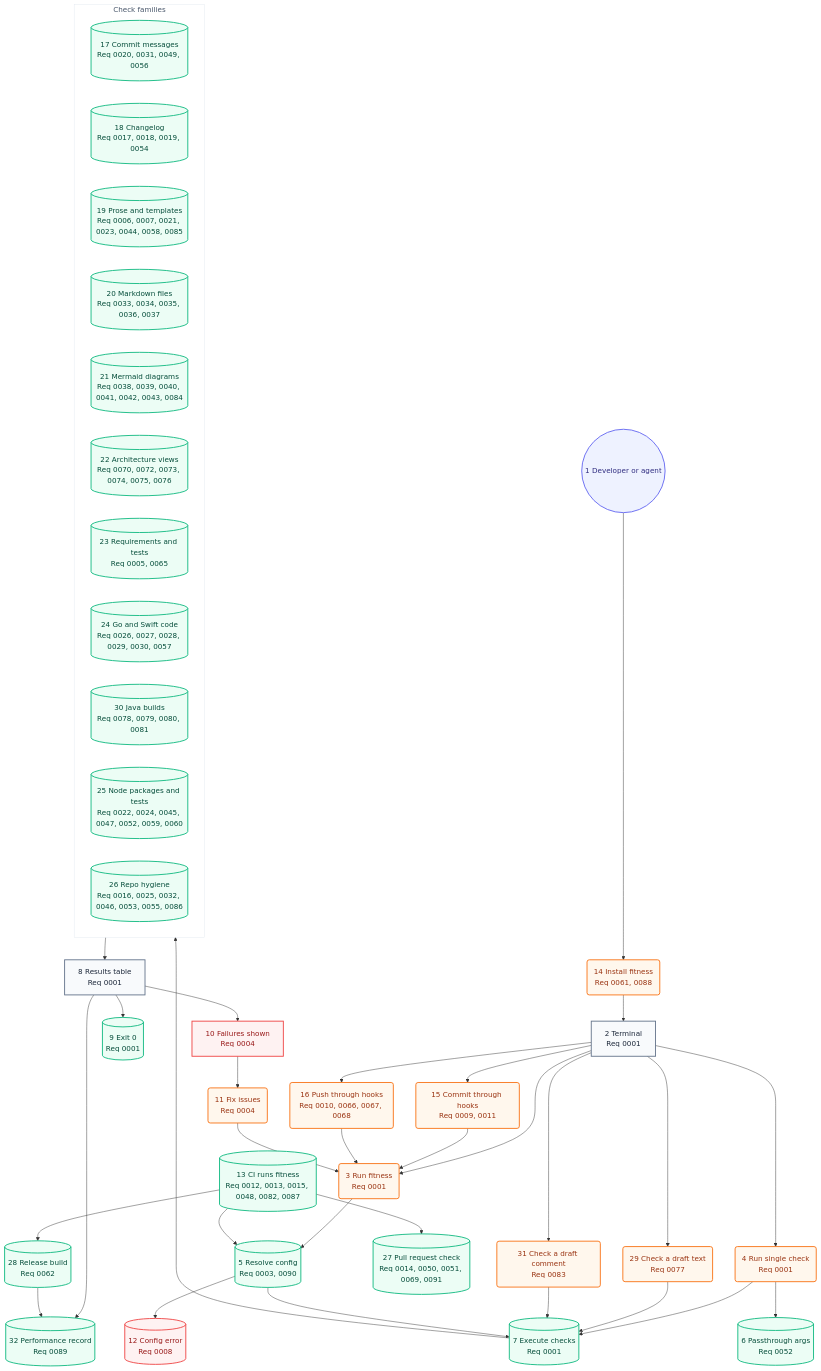
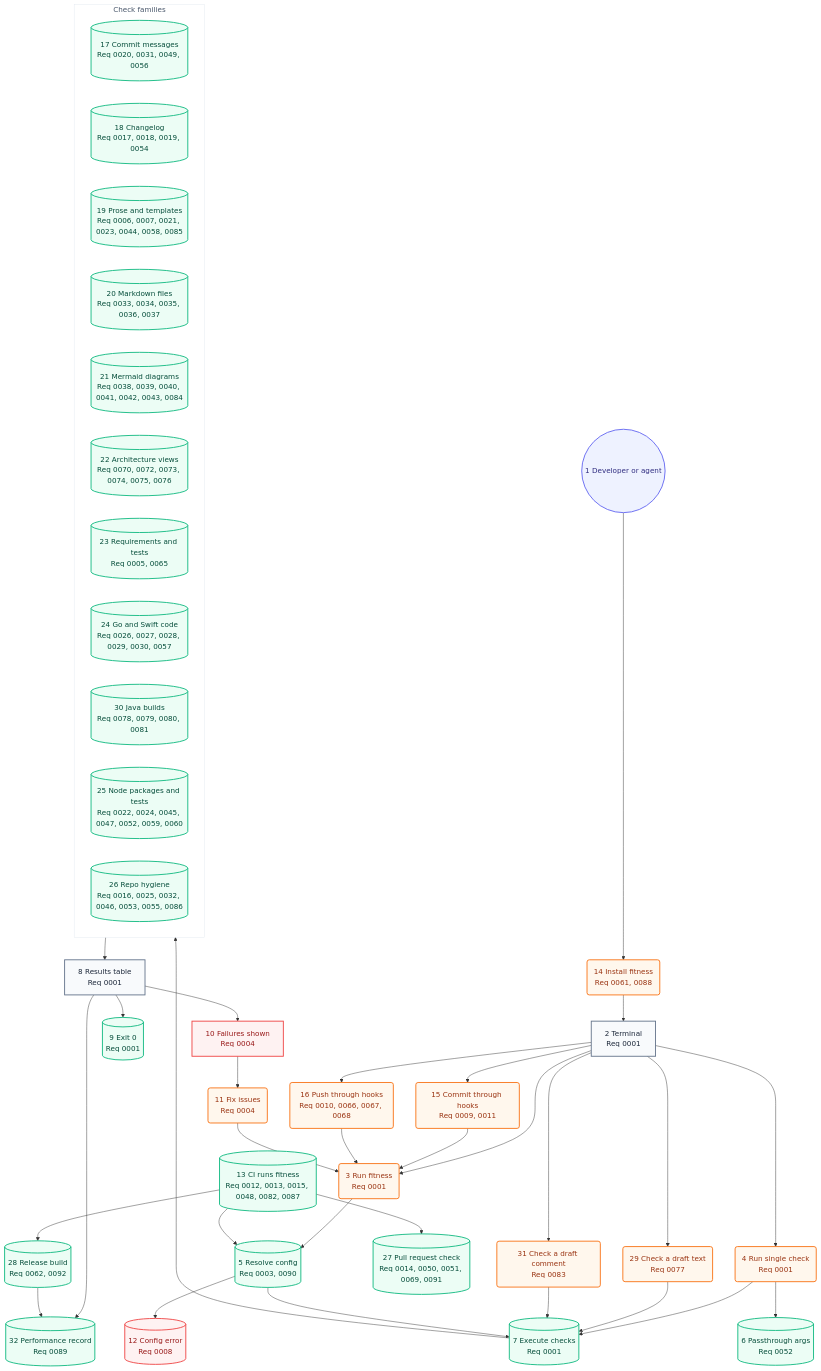
Before and after one commit to may-journal/fitness-runner: the second of 2 diagrams in docs/architecture/05-user-journey.md, drawn with Mermaid. The commit also changed other lines of this file and 5 other files, not shown here.

````diff
--- a/docs/architecture/05-user-journey.md
+++ b/docs/architecture/05-user-journey.md
@@ -40,76 +40,76 @@
 ```mermaid
 flowchart TB
     dev((1 Developer or agent)):::persona
     install(14 Install fitness<br/>Req 0061, 0088):::action
     terminal[2 Terminal<br/>Req 0001]:::screen
     runFull(3 Run fitness<br/>Req 0001):::action
     runSingle(4 Run single check<br/>Req 0001):::action
     runBlob(29 Check a draft text<br/>Req 0077):::action
     runComment(31 Check a draft comment<br/>Req 0083):::action
     commitHook(15 Commit through hooks<br/>Req 0009, 0011):::action
     pushHook(16 Push through hooks<br/>Req 0010, 0066, 0067, 0068):::action
     resolveConfig[(5 Resolve config<br/>Req 0003, 0090)]:::system
     passArgs[(6 Passthrough args<br/>Req 0052)]:::system
     executeChecks[(7 Execute checks<br/>Req 0001)]:::system
 
     subgraph checks["Check families"]
         commitChecks[(17 Commit messages<br/>Req 0020, 0031, 0049, 0056)]:::system
         changelogChecks[(18 Changelog<br/>Req 0017, 0018, 0019, 0054)]:::system
         proseChecks[(19 Prose and templates<br/>Req 0006, 0007, 0021, 0023, 0044, 0058, 0085)]:::system
         markdownChecks[(20 Markdown files<br/>Req 0033, 0034, 0035, 0036, 0037)]:::system
         mermaidChecks[(21 Mermaid diagrams<br/>Req 0038, 0039, 0040, 0041, 0042, 0043, 0084)]:::system
         architectureChecks[(22 Architecture views<br/>Req 0070, 0072, 0073, 0074, 0075, 0076)]:::system
         requirementChecks[(23 Requirements and tests<br/>Req 0005, 0065)]:::system
         goSwiftChecks[(24 Go and Swift code<br/>Req 0026, 0027, 0028, 0029, 0030, 0057)]:::system
         javaChecks[(30 Java builds<br/>Req 0078, 0079, 0080, 0081)]:::system
         nodeChecks[(25 Node packages and tests<br/>Req 0022, 0024, 0045, 0047, 0052, 0059, 0060)]:::system
         repoChecks[(26 Repo hygiene<br/>Req 0016, 0025, 0032, 0046, 0053, 0055, 0086)]:::system
     end
 
     resultsTable[8 Results table<br/>Req 0001]:::screen
     exitZero[(9 Exit 0<br/>Req 0001)]:::system
     failuresShown[10 Failures shown<br/>Req 0004]:::blocked
     fixIssues(11 Fix issues<br/>Req 0004):::action
     configError[(12 Config error<br/>Req 0008)]:::blocked
     ciRun[(13 CI runs fitness<br/>Req 0012, 0013, 0015, 0048, 0082, 0087)]:::system
     prCheck[(27 Pull request check<br/>Req 0014, 0050, 0051, 0069, 0091)]:::system
-    release[(28 Release build<br/>Req 0062)]:::system
+    release[(28 Release build<br/>Req 0062, 0092)]:::system
     perfRecord[(32 Performance record<br/>Req 0089)]:::system
 
     dev --> install
     install --> terminal
     terminal --> runFull
     terminal --> runSingle
     terminal --> commitHook
     terminal --> pushHook
     terminal --> runBlob
     terminal --> runComment
     commitHook --> runFull
     pushHook --> runFull
     runFull --> resolveConfig
     runSingle --> executeChecks
     runSingle --> passArgs
     runBlob --> executeChecks
     runComment --> executeChecks
     resolveConfig --> executeChecks
     resolveConfig --> configError
     executeChecks --> checks
     checks --> resultsTable
     resultsTable --> exitZero
     resultsTable --> failuresShown
     failuresShown --> fixIssues
     fixIssues --> runFull
     ciRun --> resolveConfig
     ciRun --> prCheck
     ciRun --> release
     resultsTable --> perfRecord
     release --> perfRecord
 
     classDef persona fill:#eef2ff,stroke:#6366f1,color:#312e81,stroke-width:2px
     classDef screen fill:#f8fafc,stroke:#64748b,color:#1e293b,stroke-width:2px
     classDef action fill:#fff7ed,stroke:#f97316,color:#9a3412,stroke-width:2px
     classDef system fill:#ecfdf5,stroke:#10b981,color:#064e3b,stroke-width:2px
     classDef blocked fill:#fef2f2,stroke:#ef4444,color:#991b1b,stroke-width:2px
 
     style checks fill:#ffffff,stroke:#e2e8f0,color:#475569,stroke-width:1px
 ```
````
